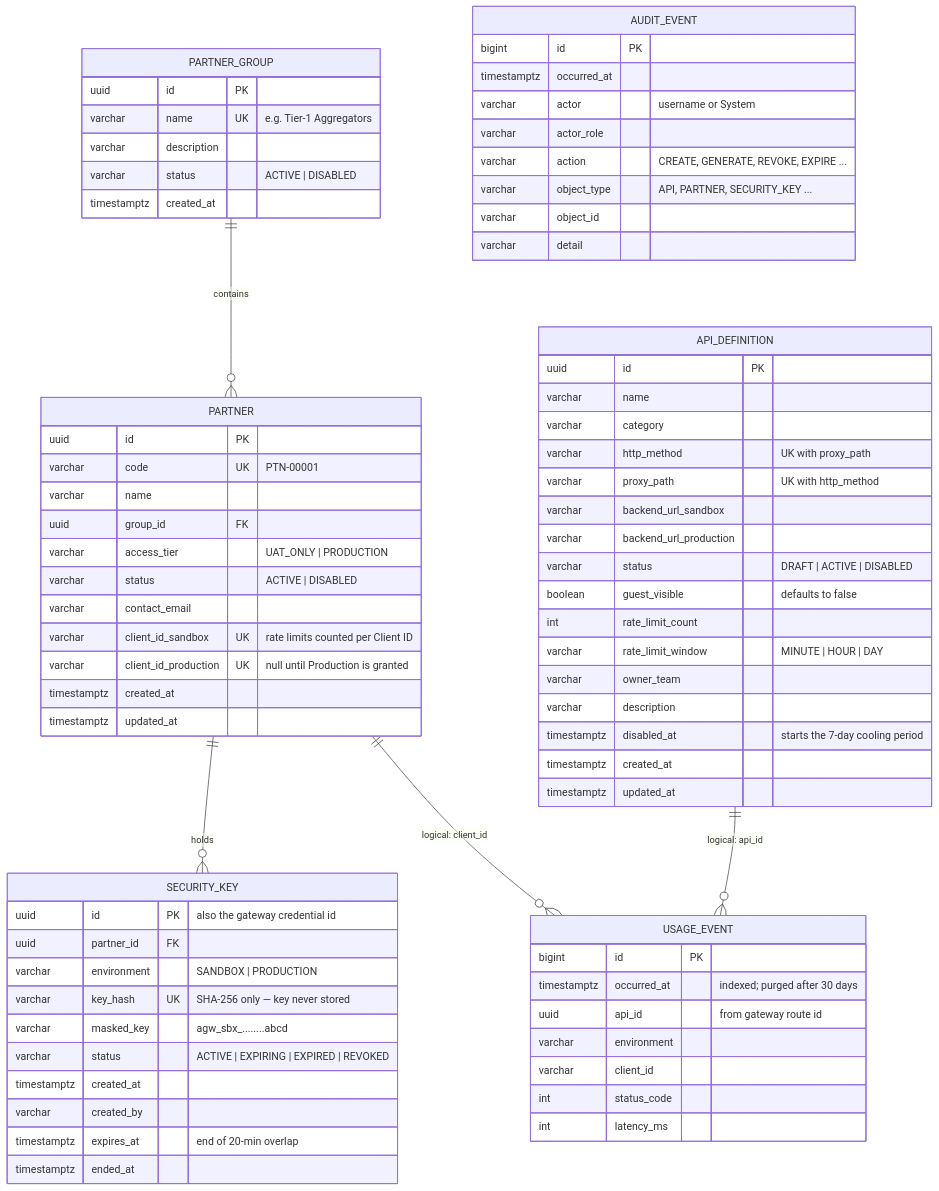
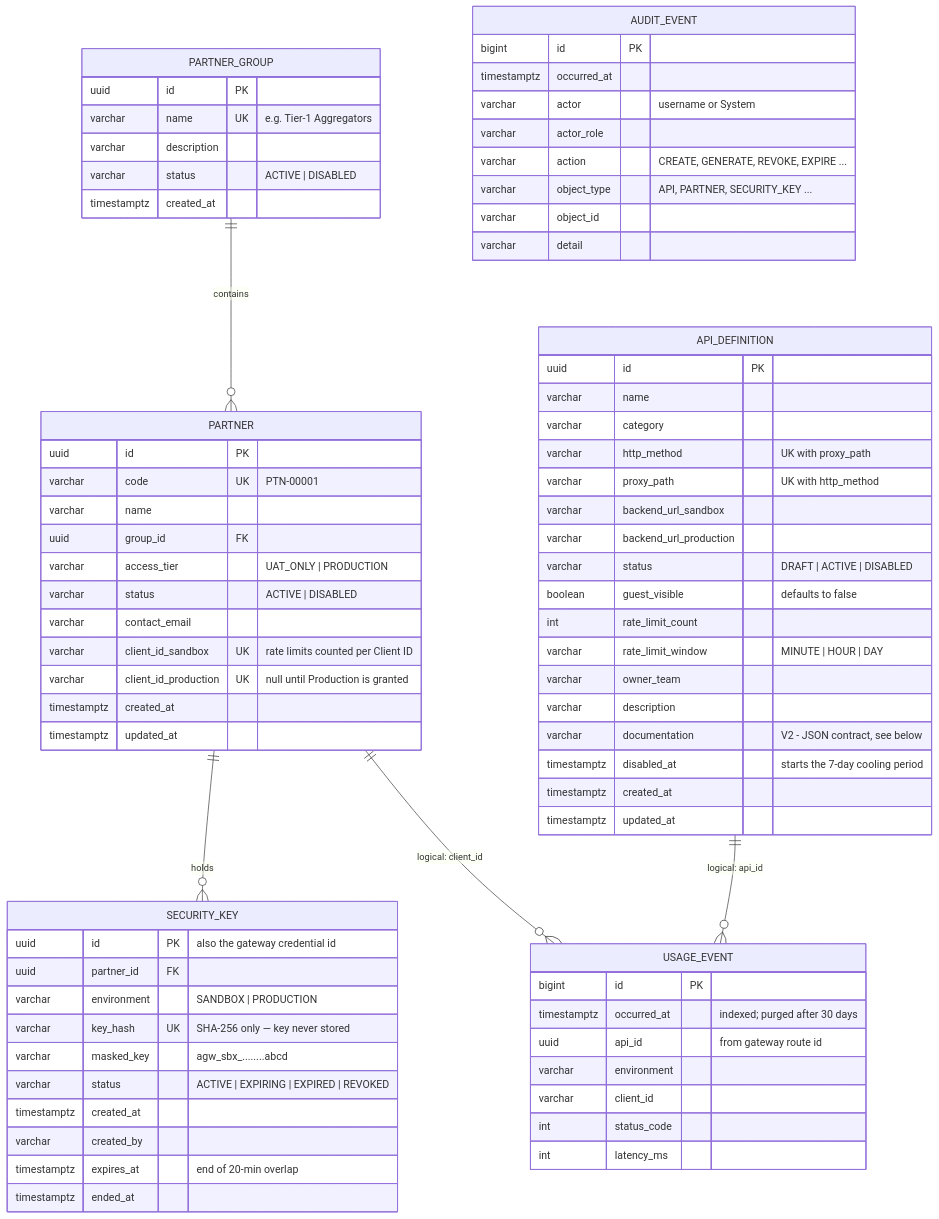
The first of 2 diagrams in docs/database/er-diagram.md (vaibhavsalve3110/APIGateway), drawn with Mermaid before and after one commit. The commit also changed other lines of this file and 51 other files, not shown here.

```diff
--- a/docs/database/er-diagram.md
+++ b/docs/database/er-diagram.md
@@ -66,6 +67,7 @@
         varchar rate_limit_window "MINUTE | HOUR | DAY"
         varchar owner_team
         varchar description
+        varchar documentation "V2 - JSON contract, see below"
         timestamptz disabled_at "starts the 7-day cooling period"
         timestamptz created_at
         timestamptz updated_at
```
